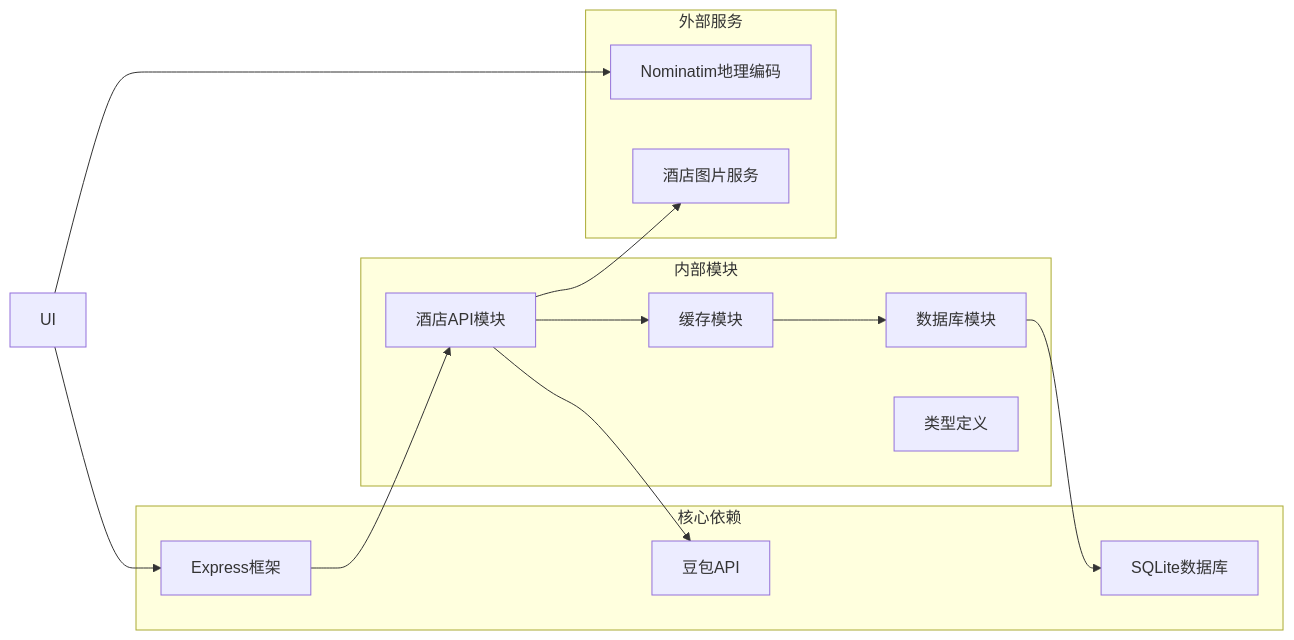
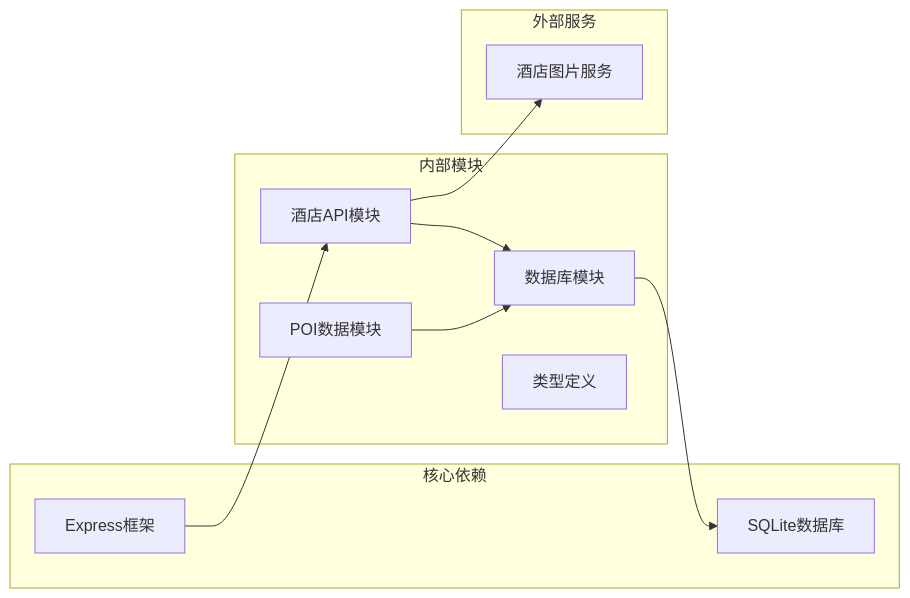
Before and after one commit to ititjjy/AITrip-plan: the fifth of 5 diagrams in .qoder/repowiki/zh/content/后端API架构/API端点设计/酒店数据接口.md, drawn with Mermaid. The commit also changed other lines of this file and 144 other files, not shown here.

````diff
--- a/.qoder/repowiki/zh/content/后端API架构/API端点设计/酒店数据接口.md
+++ b/.qoder/repowiki/zh/content/后端API架构/API端点设计/酒店数据接口.md
@@ -259,26 +227,21 @@
 ```mermaid
 graph LR
 subgraph "核心依赖"
 Express[Express框架]
 SQLite[SQLite数据库]
-QwenAPI[豆包API]
 end
 subgraph "内部模块"
 HotelAPI[酒店API模块]
-Cache[缓存模块]
 DB[数据库模块]
 Types[类型定义]
+POI[POI数据模块]
 end
 subgraph "外部服务"
-OpenStreetMap[Nominatim地理编码]
 Unsplash[酒店图片服务]
 end
 Express --> HotelAPI
-HotelAPI --> QwenAPI
-HotelAPI --> Cache
-Cache --> DB
+HotelAPI --> DB
 DB --> SQLite
+POI --> DB
 HotelAPI --> Unsplash
-UI --> Express
-UI --> OpenStreetMap
 ```
````
